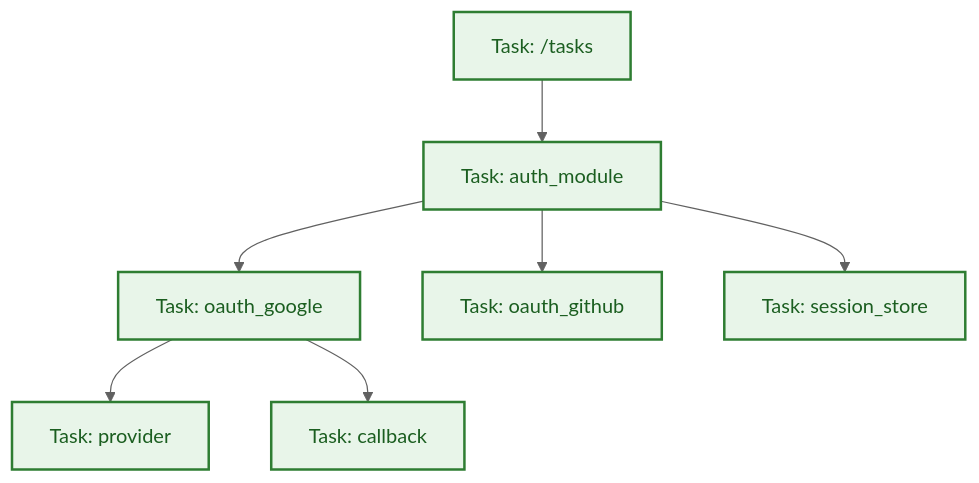
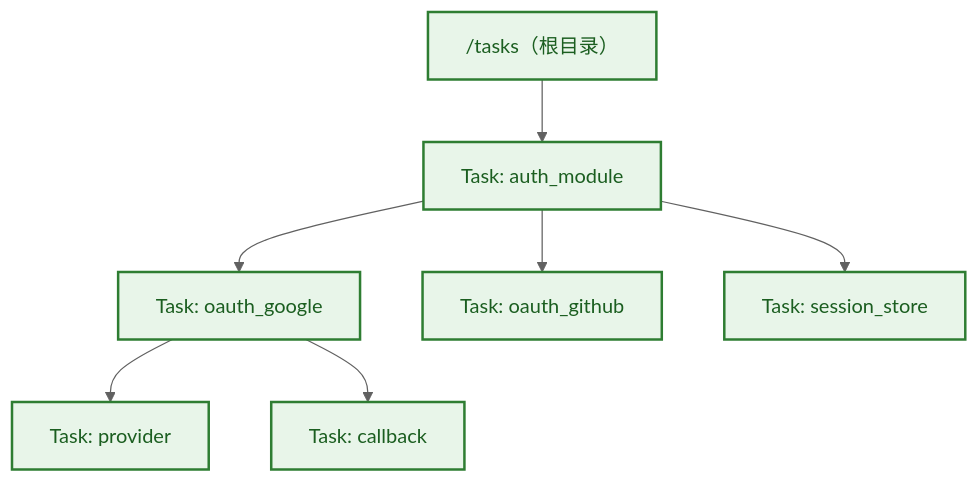
Before and after one commit to Lazyn0tBug/mem0ress: the second of 7 diagrams in docs/spec.md, drawn with Mermaid. The commit also changed other lines of this file, not shown here.

First line of the commit message:
docs(spec): align mermaid diagrams with updated content

````diff
--- a/docs/spec.md
+++ b/docs/spec.md
@@ -139,15 +139,15 @@
 ```mermaid
 %% label：同构认知单元示意
 %%{ init: { 'theme': 'base', 'themeVariables': { 'primaryColor': '#e8f5e9', 'primaryTextColor': '#1b5e20', 'primaryBorderColor': '#2e7d32', 'lineColor': '#616161', 'secondaryColor': '#fafafa', 'tertiaryColor': '#f5f5f5' } } }%%
 graph TD
-    root["Task: /tasks"] --> A["Task: auth_module"]
+    root["/tasks（根目录）"] --> A["Task: auth_module"]
     A --> A1["Task: oauth_google"]
     A --> A2["Task: oauth_github"]
     A --> A3["Task: session_store"]
     A1 --> A1a["Task: provider"]
     A1 --> A1b["Task: callback"]
 
     classDef task fill:#e8f5e9,stroke:#2e7d32,stroke-width:2px;
     classDef root fill:#c8e6c9,stroke:#388e3c,stroke-width:3px;
     class root,A,A1,A2,A3,A1a,A1b task;
 ```
````
